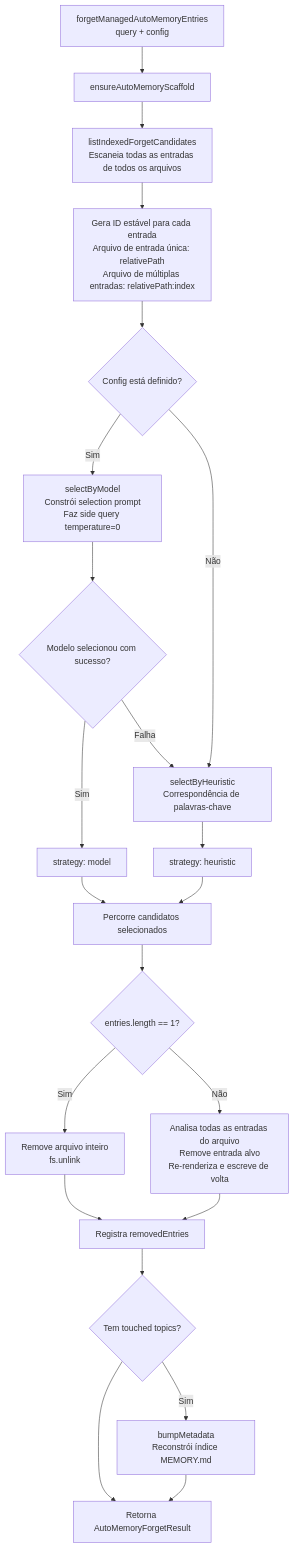
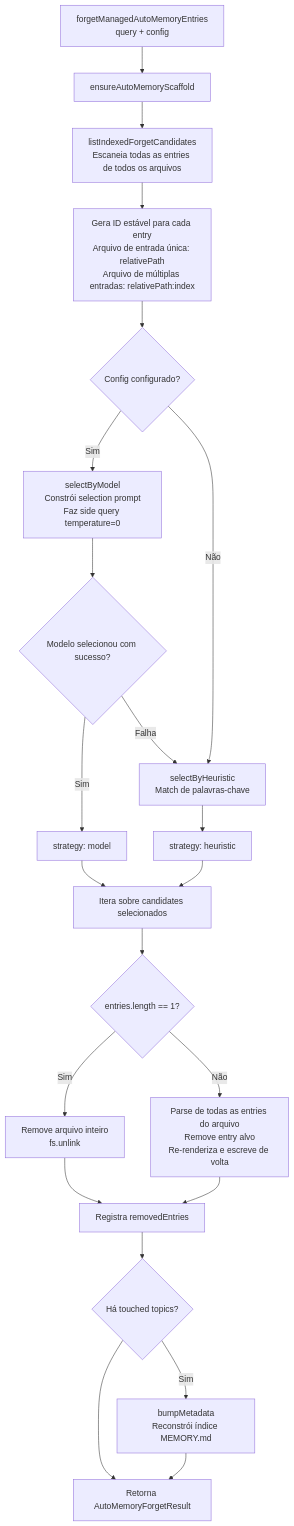
One commit to QwenLM/qwen-code-docs changed the seventh of 7 diagrams in website/content/pt-BR/design/auto-memory/memory-system.md. Above: the diagram before and after it, drawn with Mermaid. The commit also changed other lines of this file and 1077 other files, not shown here.

````diff
--- a/website/content/pt-BR/design/auto-memory/memory-system.md
+++ b/website/content/pt-BR/design/auto-memory/memory-system.md
@@ -400,24 +402,24 @@
 ```mermaid
 flowchart TD
     A[forgetManagedAutoMemoryEntries\nquery + config] --> B[ensureAutoMemoryScaffold]
-    B --> C[listIndexedForgetCandidates\nEscaneia todas as entradas de todos os arquivos]
-    C --> D[Gera ID estável para cada entrada\nArquivo de entrada única: relativePath\nArquivo de múltiplas entradas: relativePath:index]
-    D --> E{Config está definido?}
+    B --> C[listIndexedForgetCandidates\nEscaneia todas as entries de todos os arquivos]
+    C --> D[Gera ID estável para cada entry\nArquivo de entrada única: relativePath\nArquivo de múltiplas entradas: relativePath:index]
+    D --> E{Config configurado?}
     E -- Sim --> F[selectByModel\nConstrói selection prompt\nFaz side query temperature=0]
     F --> G{Modelo selecionou com sucesso?}
     G -- Sim --> H[strategy: model]
-    G -- Falha --> I[selectByHeuristic\nCorrespondência de palavras-chave]
+    G -- Falha --> I[selectByHeuristic\nMatch de palavras-chave]
     E -- Não --> I
     I --> J[strategy: heuristic]
-    H --> K[Percorre candidatos selecionados]
+    H --> K[Itera sobre candidates selecionados]
     J --> K
     K --> L{entries.length == 1?}
     L -- Sim --> M[Remove arquivo inteiro\nfs.unlink]
-    L -- Não --> N[Analisa todas as entradas do arquivo\nRemove entrada alvo\nRe-renderiza e escreve de volta]
+    L -- Não --> N[Parse de todas as entries do arquivo\nRemove entry alvo\nRe-renderiza e escreve de volta]
     M --> O[Registra removedEntries]
     N --> O
-    O --> P{Tem touched topics?}
+    O --> P{Há touched topics?}
     P -- Sim --> Q[bumpMetadata\nReconstrói índice MEMORY.md]
     P --> R[Retorna AutoMemoryForgetResult]
     Q --> R
 ```
````
